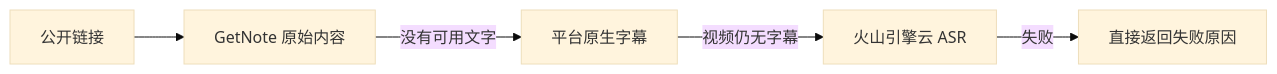
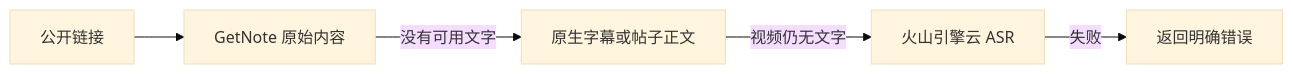
The diagram in README.zh-CN.md (JNHFlow21/social-media-toolkit), drawn with Mermaid (base theme) before and after one commit. The commit also changed other lines of this file, not shown here.

````diff
--- a/README.zh-CN.md
+++ b/README.zh-CN.md
@@ -199,7 +124,7 @@
 ```mermaid
 flowchart LR
     U["公开链接"] --> G["GetNote 原始内容"]
-    G -->|"没有可用文字"| N["平台原生字幕"]
-    N -->|"视频仍无字幕"| V["火山引擎云 ASR"]
-    V -->|"失败"| E["直接返回失败原因"]
+    G -->|"没有可用文字"| N["原生字幕或帖子正文"]
+    N -->|"视频仍无文字"| V["火山引擎云 ASR"]
+    V -->|"失败"| E["返回明确错误"]
 ```
````
